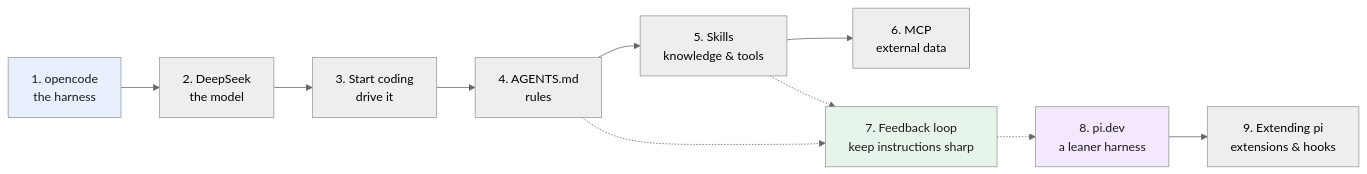
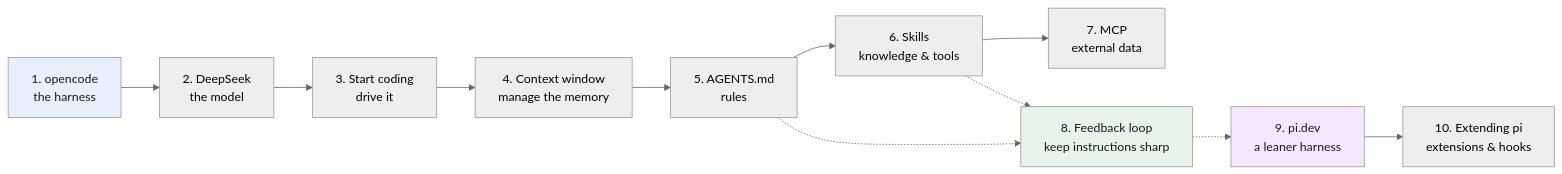
One commit to ethaizone/ai-training-for-software-developer changed the diagram in README.md. Above: the diagram before and after it, drawn with Mermaid (neutral theme). The commit also changed other lines of this file and 12 other files, not shown here.

First line of the commit message:
Add Part 4: the context window

````diff
--- a/README.md
+++ b/README.md
@@ -22,15 +22,16 @@
 ```mermaid
 flowchart LR
     A["1. opencode<br/>the harness"] --> B["2. DeepSeek<br/>the model"]
     B --> C["3. Start coding<br/>drive it"]
-    C --> D["4. AGENTS.md<br/>rules"]
-    D --> E["5. Skills<br/>knowledge & tools"]
-    E --> F["6. MCP<br/>external data"]
-    D -.-> G["7. Feedback loop<br/>keep instructions sharp"]
+    C --> CW["4. Context window<br/>manage the memory"]
+    CW --> D["5. AGENTS.md<br/>rules"]
+    D --> E["6. Skills<br/>knowledge & tools"]
+    E --> F["7. MCP<br/>external data"]
+    D -.-> G["8. Feedback loop<br/>keep instructions sharp"]
     E -.-> G
-    G -.-> H["8. pi.dev<br/>a leaner harness"]
-    H --> I["9. Extending pi<br/>extensions & hooks"]
+    G -.-> H["9. pi.dev<br/>a leaner harness"]
+    H --> I["10. Extending pi<br/>extensions & hooks"]
     style A fill:#e8f0fe,color:#1a1a1a
     style G fill:#e6f4ea,color:#1a1a1a
     style H fill:#f3e8fd,color:#1a1a1a
 ```
````
